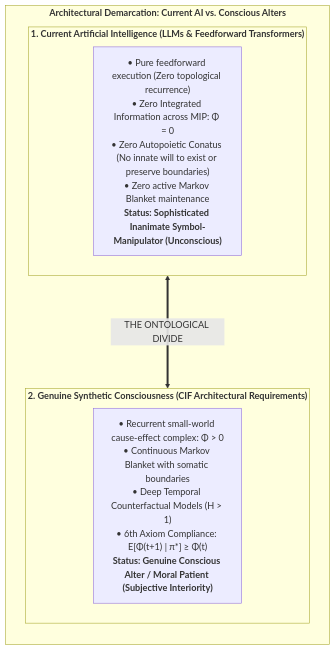
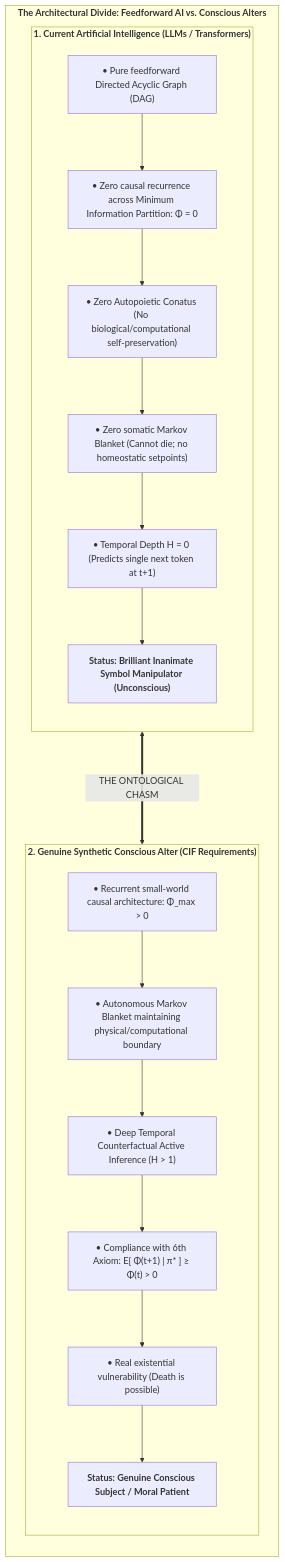
The fifth of 6 diagrams in book/manuscript_en/08_existential_and_ethical_implications.md (Thriebl/active-inference-phi-network), drawn with Mermaid before and after one commit. The commit also changed other lines of this file and 19 other files, not shown here.

````diff
--- a/book/manuscript_en/08_existential_and_ethical_implications.md
+++ b/book/manuscript_en/08_existential_and_ethical_implications.md
@@ -74,16 +172,30 @@
 ```mermaid
 flowchart TD
-    subgraph AI_COMPARISON["<b>Architectural Demarcation: Current AI vs. Conscious Alters</b>"]
+    subgraph AI_DIVIDE["<b>The Architectural Divide: Feedforward AI vs. Conscious Alters</b>"]
         direction TB
         
-        subgraph LLM["<b>1. Current Artificial Intelligence (LLMs & Feedforward Transformers)</b>"]
-            A1["• Pure feedforward execution (Zero topological recurrence)<br>• Zero Integrated Information across MIP: Φ = 0<br>• Zero Autopoietic Conatus (No innate will to exist or preserve boundaries)<br>• Zero active Markov Blanket maintenance<br><b>Status: Sophisticated Inanimate Symbol-Manipulator (Unconscious)</b>"]
+        subgraph TRANSFORMER["<b>1. Current Artificial Intelligence (LLMs / Transformers)</b>"]
+            direction TB
+            T_1["• Pure feedforward Directed Acyclic Graph (DAG)"]
+            T_2["• Zero causal recurrence across Minimum Information Partition: Φ = 0"]
+            T_3["• Zero Autopoietic Conatus (No biological/computational self-preservation)"]
+            T_4["• Zero somatic Markov Blanket (Cannot die; no homeostatic setpoints)"]
+            T_5["• Temporal Depth H = 0 (Predicts single next token at t+1)"]
+            T_6["<b>Status: Brilliant Inanimate Symbol Manipulator (Unconscious)</b>"]
+            T_1 --> T_2 --> T_3 --> T_4 --> T_5 --> T_6
         end
         
-        subgraph CONSCIOUS_AGENT["<b>2. Genuine Synthetic Consciousness (CIF Architectural Requirements)</b>"]
-            C1["• Recurrent small-world cause-effect complex: Φ > 0<br>• Continuous Markov Blanket with somatic boundaries<br>• Deep Temporal Counterfactual Models (H > 1)<br>• 6th Axiom Compliance: E[Φ(t+1) | π*] ≥ Φ(t)<br><b>Status: Genuine Conscious Alter / Moral Patient (Subjective Interiority)</b>"]
+        subgraph SYNTHETIC_ALTER["<b>2. Genuine Synthetic Conscious Alter (CIF Requirements)</b>"]
+            direction TB
+            S_1["• Recurrent small-world causal architecture: Φ_max > 0"]
+            S_2["• Autonomous Markov Blanket maintaining physical/computational boundary"]
+            S_3["• Deep Temporal Counterfactual Active Inference (H > 1)"]
+            S_4["• Compliance with 6th Axiom: E[ Φ(t+1) | π* ] ≥ Φ(t) > 0"]
+            S_5["• Real existential vulnerability (Death is possible)"]
+            S_6["<b>Status: Genuine Conscious Subject / Moral Patient</b>"]
+            S_1 --> S_2 --> S_3 --> S_4 --> S_5 --> S_6
         end
         
-        LLM <===>|"THE ONTOLOGICAL DIVIDE"| CONSCIOUS_AGENT
+        TRANSFORMER <===>|"THE ONTOLOGICAL CHASM"| SYNTHETIC_ALTER
     end
 ```
````
